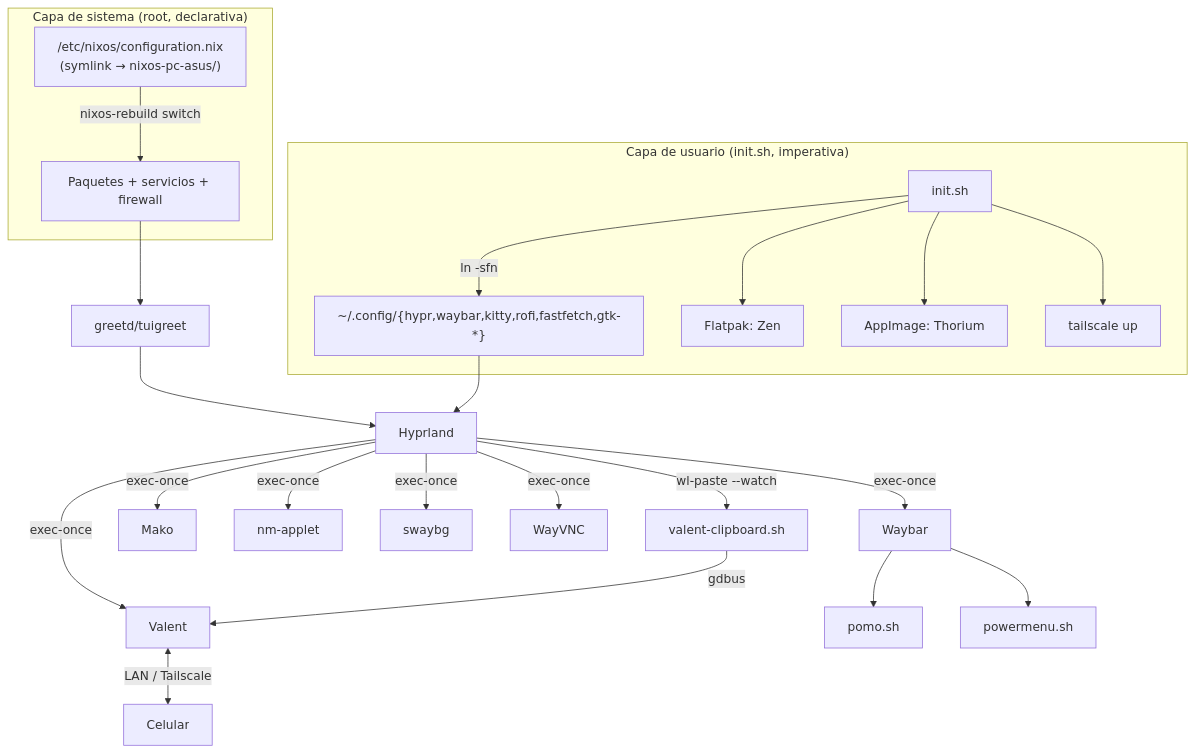
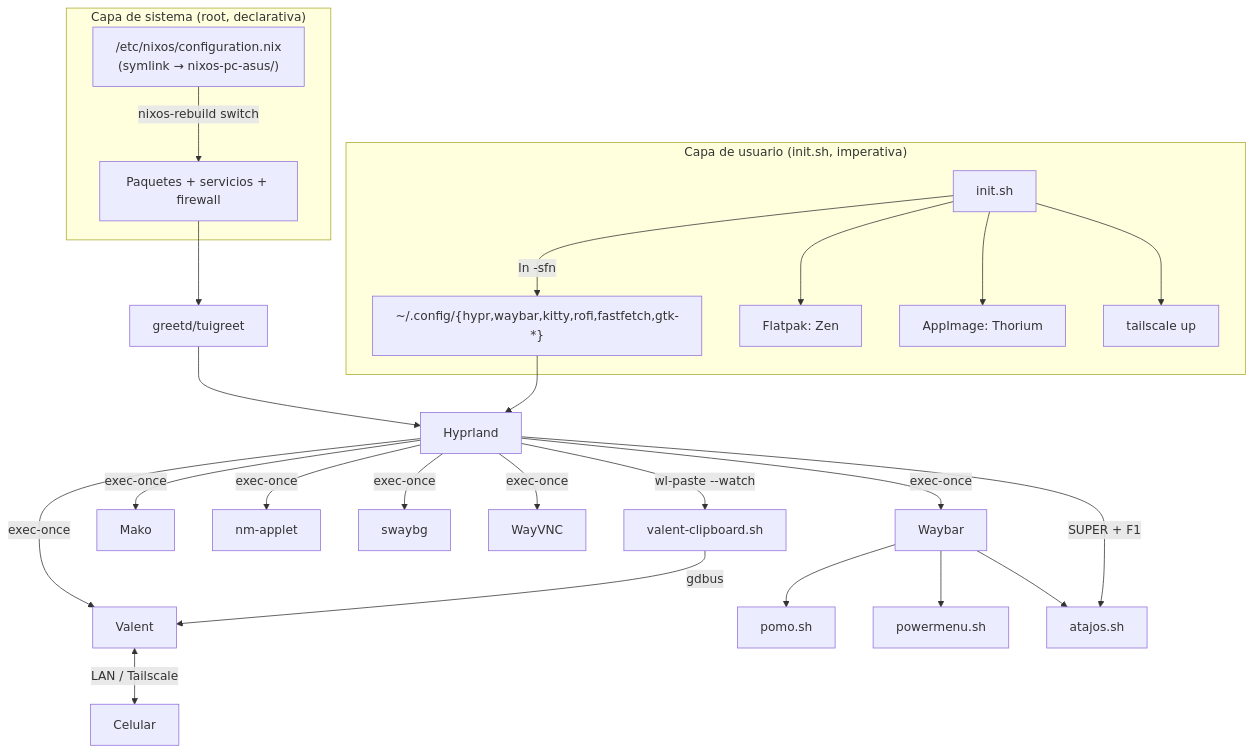
Before and after one commit to Giovanni1906/dotfiles-nixos: the diagram in docs/contexto/01-arquitectura.md, drawn with Mermaid. The commit also changed other lines of this file and 10 other files, not shown here.

Commit message:
feat: lista de atajos con super + f1 y botón en waybar

````diff
--- a/docs/contexto/01-arquitectura.md
+++ b/docs/contexto/01-arquitectura.md
@@ -57,18 +58,19 @@
 ```mermaid
 flowchart TD
     subgraph Sistema["Capa de sistema (root, declarativa)"]
         NIX["/etc/nixos/configuration.nix<br/>(symlink → nixos-pc-asus/)"] -->|nixos-rebuild switch| PKGS[Paquetes + servicios + firewall]
     end
     subgraph Usuario["Capa de usuario (init.sh, imperativa)"]
         INIT[init.sh] -->|ln -sfn| CFG["~/.config/{hypr,waybar,kitty,rofi,fastfetch,gtk-*}"]
         INIT --> FLAT[Flatpak: Zen]
         INIT --> APPI[AppImage: Thorium]
         INIT --> TS[tailscale up]
     end
     PKGS --> GREETD[greetd/tuigreet] --> HYPR[Hyprland]
     CFG --> HYPR
     HYPR -->|exec-once| WAYBAR[Waybar] & MAKO[Mako] & VALENT[Valent] & NMA[nm-applet] & SWAYBG[swaybg] & VNC[WayVNC]
-    WAYBAR --> POMO[pomo.sh] & POWER[powermenu.sh]
+    WAYBAR --> POMO[pomo.sh] & POWER[powermenu.sh] & ATAJOS[atajos.sh]
+    HYPR -->|SUPER + F1| ATAJOS
     HYPR -->|wl-paste --watch| CLIP[valent-clipboard.sh] -->|gdbus| VALENT
     VALENT <-->|LAN / Tailscale| PHONE[Celular]
 ```
````
